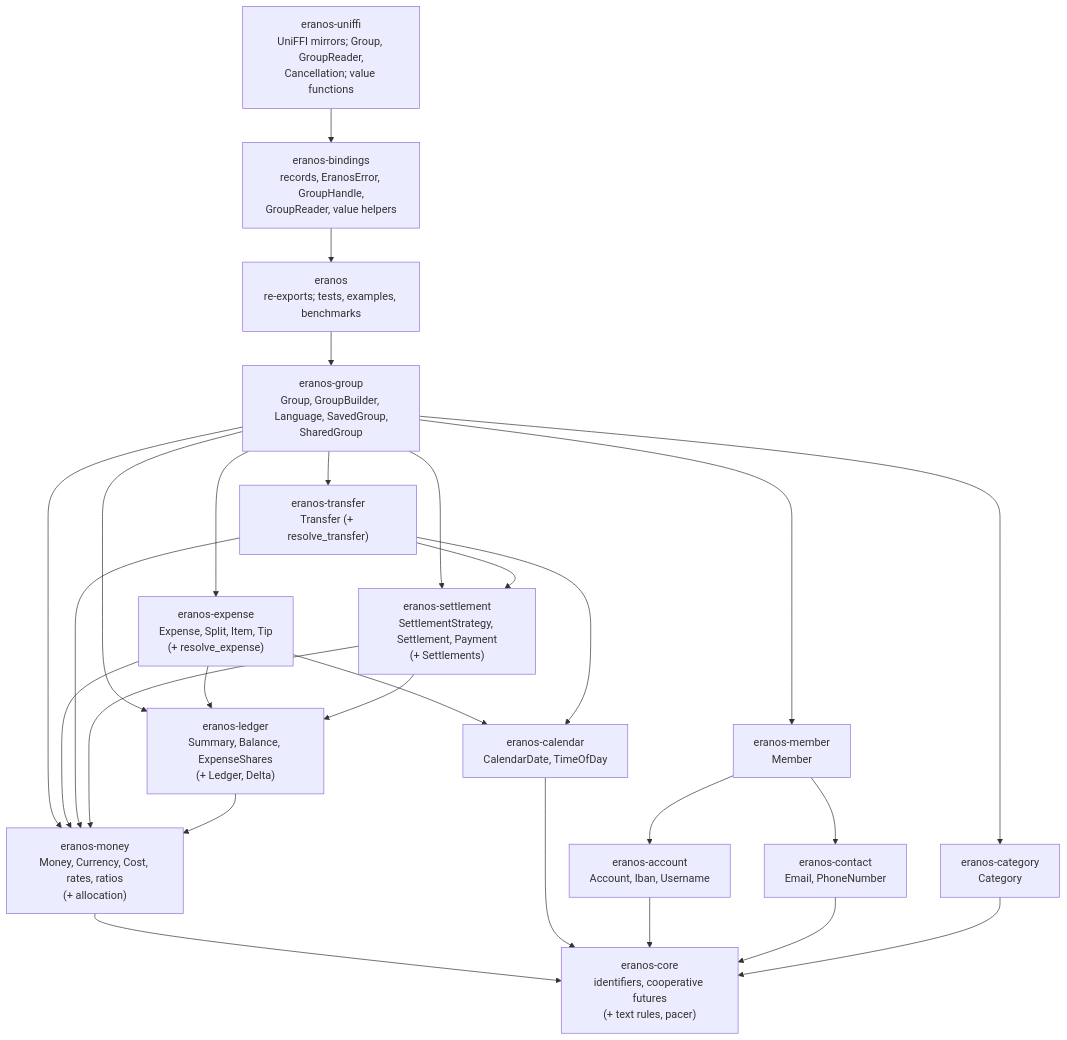
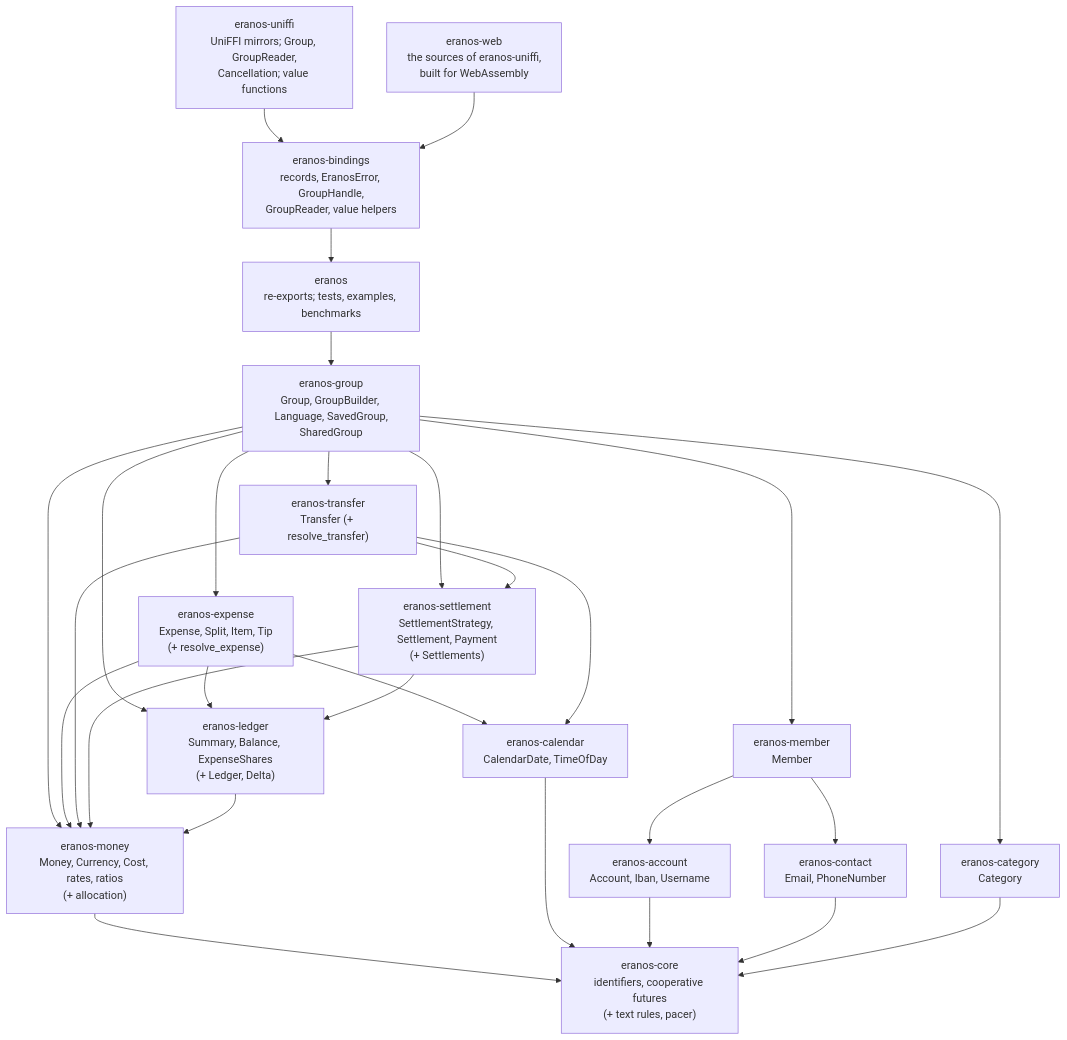
One commit to cristiancristea00/eranos changed the first of 3 diagrams in docs/ARCHITECTURE.md. Above: the diagram before and after it, drawn with Mermaid. The commit also changed other lines of this file and 50 other files, not shown here.

````diff
--- a/docs/ARCHITECTURE.md
+++ b/docs/ARCHITECTURE.md
@@ -77,44 +79,46 @@
 ```mermaid
 flowchart TD
     UNIFFI["eranos-uniffi<br/>UniFFI mirrors; Group, GroupReader,<br/>Cancellation; value functions"]
+    WEB["eranos-web<br/>the sources of eranos-uniffi,<br/>built for WebAssembly"]
     BINDINGS["eranos-bindings<br/>records, EranosError, GroupHandle,<br/>GroupReader, value helpers"]
     FACADE["eranos<br/>re-exports; tests, examples, benchmarks"]
     GROUP["eranos-group<br/>Group, GroupBuilder, Language, SavedGroup,<br/>SharedGroup"]
     EXPENSE["eranos-expense<br/>Expense, Split, Item, Tip<br/>(+ resolve_expense)"]
     TRANSFER["eranos-transfer<br/>Transfer (+ resolve_transfer)"]
     MEMBER["eranos-member<br/>Member"]
     CATEGORY["eranos-category<br/>Category"]
     SETTLEMENT["eranos-settlement<br/>SettlementStrategy, Settlement, Payment<br/>(+ Settlements)"]
     ACCOUNT["eranos-account<br/>Account, Iban, Username"]
     CONTACT["eranos-contact<br/>Email, PhoneNumber"]
     LEDGER["eranos-ledger<br/>Summary, Balance, ExpenseShares<br/>(+ Ledger, Delta)"]
     CALENDAR["eranos-calendar<br/>CalendarDate, TimeOfDay"]
     MONEY["eranos-money<br/>Money, Currency, Cost, rates, ratios<br/>(+ allocation)"]
     CORE["eranos-core<br/>identifiers, cooperative futures<br/>(+ text rules, pacer)"]
     UNIFFI --> BINDINGS
+    WEB --> BINDINGS
     BINDINGS --> FACADE
     FACADE --> GROUP
     GROUP --> EXPENSE
     GROUP --> TRANSFER
     GROUP --> MEMBER
     GROUP --> CATEGORY
     GROUP --> SETTLEMENT
     GROUP --> LEDGER
     GROUP --> MONEY
     EXPENSE --> LEDGER
     EXPENSE --> CALENDAR
     EXPENSE --> MONEY
     TRANSFER --> SETTLEMENT
     TRANSFER --> CALENDAR
     TRANSFER --> MONEY
     MEMBER --> ACCOUNT
     MEMBER --> CONTACT
     SETTLEMENT --> LEDGER
     SETTLEMENT --> MONEY
     LEDGER --> MONEY
     MONEY --> CORE
     CALENDAR --> CORE
     ACCOUNT --> CORE
     CONTACT --> CORE
     CATEGORY --> CORE
 ```
````
